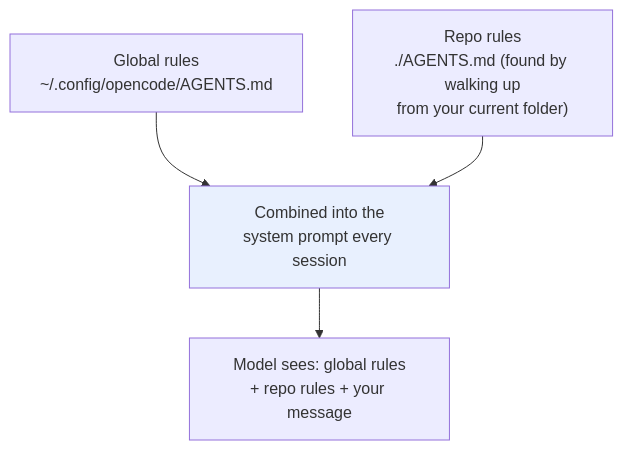
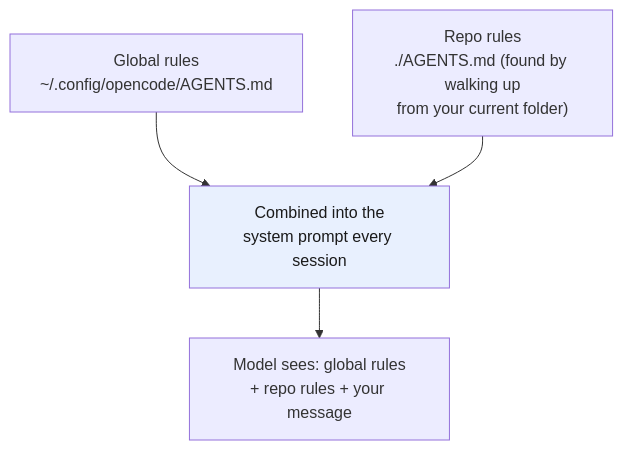
Before and after one commit to ethaizone/ai-training-for-software-developer: the diagram in 04-agents-md/README.md, drawn with Mermaid. The commit also changed 7 other files, not shown here.

Commit message:
Fix Mermaid node text for dark mode; force dark color on styled nodes

````diff
--- a/04-agents-md/README.md
+++ b/04-agents-md/README.md
@@ -22,7 +22,7 @@
 ```mermaid
 flowchart TD
     G["Global rules<br/>~/.config/opencode/AGENTS.md"] --> C["Combined into the<br/>system prompt every session"]
     R["Repo rules<br/>./AGENTS.md (found by walking up<br/>from your current folder)"] --> C
     C --> M["Model sees: global rules<br/>+ repo rules + your message"]
-    style C fill:#e8f0fe
+    style C fill:#e8f0fe,color:#1a1a1a
 ```
````
